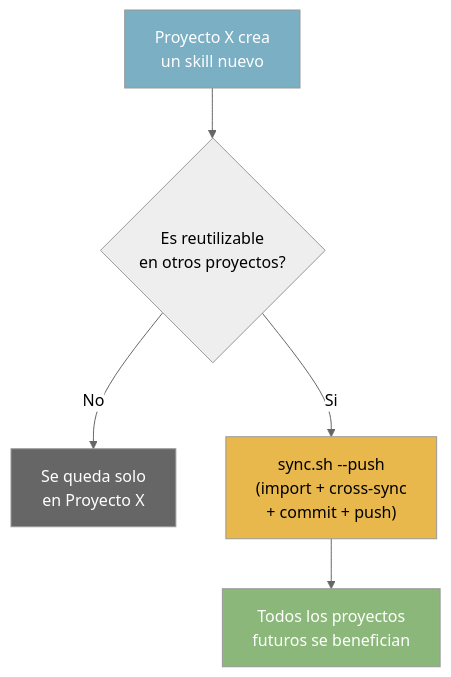
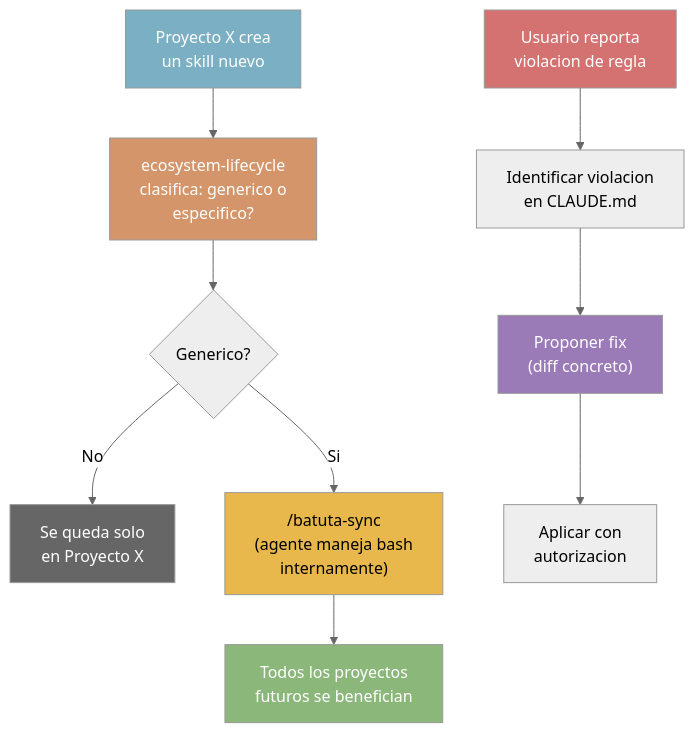
One commit to jota-batuta/batuta-dots changed the tenth of 24 diagrams in docs/architecture/arquitectura-diagrama.md. Above: the diagram before and after it, drawn with Mermaid (neutral theme). The commit also changed other lines of this file and 21 other files, not shown here.

First line of the commit message:
feat: ecosystem-lifecycle skill, /batuta-sync, self-heal, two-layer config (v12)

````diff
--- a/docs/architecture/arquitectura-diagrama.md
+++ b/docs/architecture/arquitectura-diagrama.md
@@ -353,17 +356,28 @@
 ```mermaid
 flowchart TD
     PROJECT["Proyecto X crea<br/>un skill nuevo"]
-    Q1{"Es reutilizable<br/>en otros proyectos?"}
+    CLASSIFY["ecosystem-lifecycle<br/>clasifica: generico o<br/>especifico?"]
+    Q1{"Generico?"}
     STAYS["Se queda solo<br/>en Proyecto X"]
-    PUSH_CMD["sync.sh --push<br/>(import + cross-sync<br/>+ commit + push)"]
+    SYNC_CMD["/batuta-sync<br/>(agente maneja bash<br/>internamente)"]
     BENEFIT["Todos los proyectos<br/>futuros se benefician"]
 
-    PROJECT --> Q1
+    SELFHEAL["Usuario reporta<br/>violacion de regla"]
+    IDENTIFY["Identificar violacion<br/>en CLAUDE.md"]
+    PROPOSE["Proponer fix<br/>(diff concreto)"]
+    APPLY["Aplicar con<br/>autorizacion"]
+
+    PROJECT --> CLASSIFY --> Q1
     Q1 -->|"No"| STAYS
-    Q1 -->|"Si"| PUSH_CMD --> BENEFIT
+    Q1 -->|"Si"| SYNC_CMD --> BENEFIT
+
+    SELFHEAL --> IDENTIFY --> PROPOSE --> APPLY
 
     style PROJECT fill:#7AAFC4,color:#fff
     style BENEFIT fill:#8BB87A,color:#fff
     style STAYS fill:#666,color:#fff
-    style PUSH_CMD fill:#E8B84D,color:#000
+    style SYNC_CMD fill:#E8B84D,color:#000
+    style CLASSIFY fill:#D4956A,color:#fff
+    style SELFHEAL fill:#D47272,color:#fff
+    style PROPOSE fill:#9B7AB8,color:#fff
 ```
````
